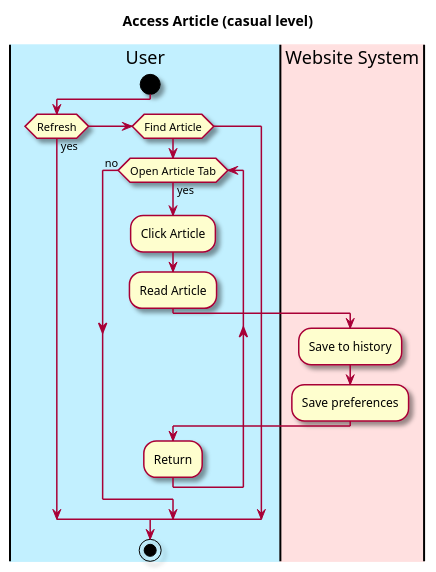
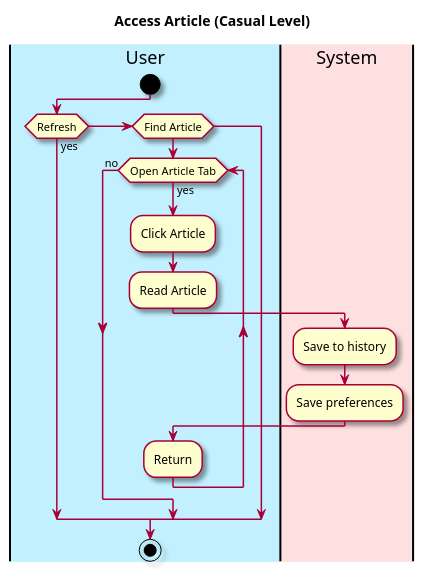
Before and after one commit to owhitleym-ui/EcoScoop: the diagram in intellij/doc/Functional Specification/access-article.md, drawn with PlantUML. The commit also changed other lines of this file and 7 other files, not shown here.

````diff
--- a/intellij/doc/Functional Specification/access-article.md
+++ b/intellij/doc/Functional Specification/access-article.md
@@ -39,28 +25,28 @@
 ```plantuml
 @startuml
 
 skin rose
 
-title Access Article (casual level)
+title Access Article (Casual Level)
 
 'define the lanes
 |#application|User|
-|#implementation|Website System|
+|#implementation|System|
 
 |User|
 start
     if (Refresh) then (yes)
     elseif(Find Article)
     while (Open Article Tab) is (yes)
         :Click Article;
         :Read Article;
-        |Website System|
+        |System|
         :Save to history;
         :Save preferences;
         |User|
         :Return;
     endwhile (no)
     endif
 stop
 @enduml
 ```
````
